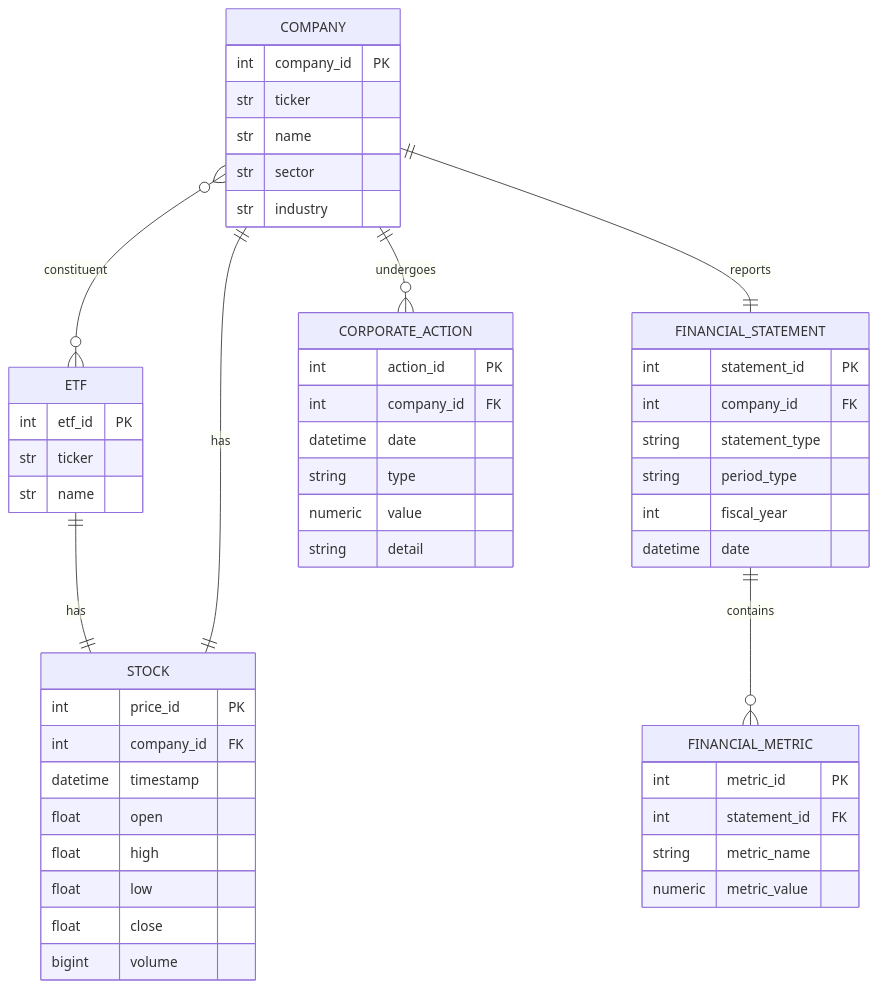
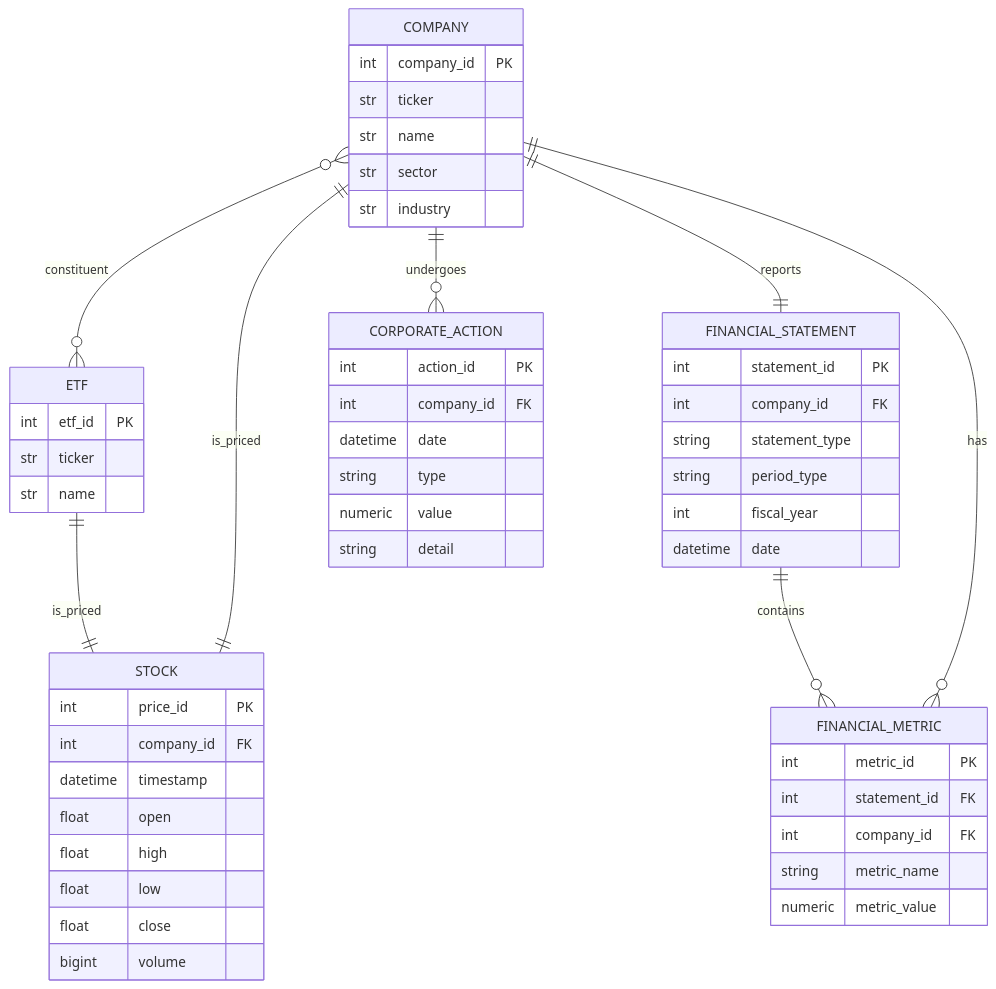
The diagram in documentation/database/ER_Diagram.md (Quant-Club-UVIC/PAT-Analytics), drawn with Mermaid before and after one commit.

Commit message:
Updated ER diagram

````diff
--- a/documentation/database/ER_Diagram.md
+++ b/documentation/database/ER_Diagram.md
@@ -3,54 +3,56 @@
 ```mermaid
 erDiagram
     COMPANY {
         int company_id PK
         str ticker
         str name
         str sector
         str industry
     }
     ETF {
         int etf_id PK
         str ticker
         str name 
 
     }
     STOCK {
         int price_id PK
         int company_id FK
         datetime timestamp
         float open
         float high 
         float low
         float close
         bigint volume
     }
     FINANCIAL_STATEMENT{
         int statement_id PK
         int company_id FK
         string statement_type   
         string period_type   
         int fiscal_year  
         datetime date
     }
     FINANCIAL_METRIC{
         int metric_id PK
         int statement_id FK
+        int company_id FK
         string metric_name
         numeric metric_value
     }
     CORPORATE_ACTION{
         int action_id PK
         int company_id FK
         datetime date
         string type 
         numeric value
         string detail
     }
     COMPANY}o--o{ETF : constituent   
-    ETF||--||STOCK : has
-    COMPANY||--||STOCK : has 
+    ETF||--||STOCK : is_priced
+    COMPANY||--||STOCK : is_priced
     COMPANY||--||FINANCIAL_STATEMENT : reports
     FINANCIAL_STATEMENT||--o{ FINANCIAL_METRIC : contains
     COMPANY||--o{CORPORATE_ACTION : undergoes
+    COMPANY||--o{FINANCIAL_METRIC : has 
 ```
````
